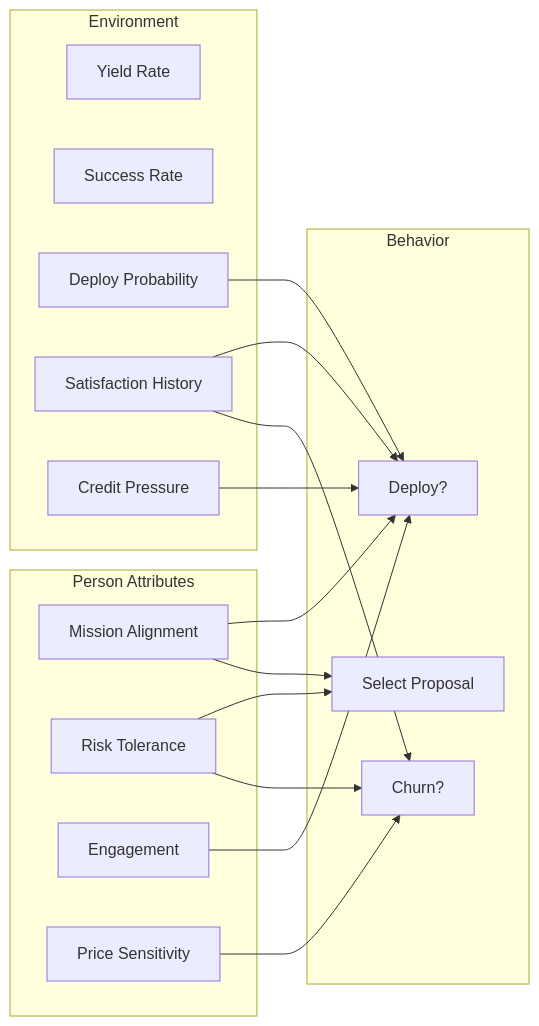
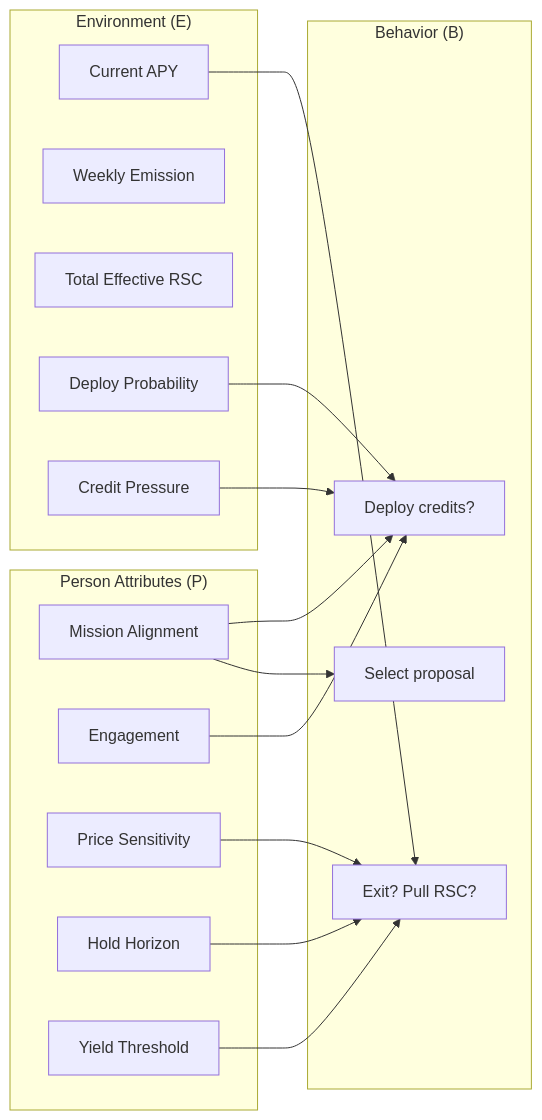
Before and after one commit to rsthornton/rsc-endowment-abm: the sixth of 13 diagrams in ARCHITECTURE.md, drawn with Mermaid. The commit also changed other lines of this file and 13 other files, not shown here.

````diff
--- a/ARCHITECTURE.md
+++ b/ARCHITECTURE.md
@@ -63,36 +105,36 @@
 ```mermaid
 graph LR
-    subgraph Person["Person Attributes"]
+    subgraph Person["Person Attributes (P)"]
         MA[Mission Alignment]
-        RT[Risk Tolerance]
         EN[Engagement]
         PS[Price Sensitivity]
+        HH[Hold Horizon]
+        YT[Yield Threshold]
     end
 
-    subgraph Environment
-        APY[Yield Rate]
-        SR[Success Rate]
+    subgraph Environment["Environment (E)"]
+        APY[Current APY]
+        WE[Weekly Emission]
+        TRSW[Total Effective RSC]
         DP[Deploy Probability]
-        SAT[Satisfaction History]
         CP[Credit Pressure]
     end
 
-    subgraph Behavior
-        DEP[Deploy?]
-        SEL[Select Proposal]
-        CHR[Churn?]
+    subgraph Behavior["Behavior (B)"]
+        DEP[Deploy credits?]
+        SEL[Select proposal]
+        EXIT[Exit? Pull RSC?]
     end
 
     MA --> DEP
     EN --> DEP
     CP --> DEP
-    SAT --> DEP
     DP --> DEP
 
     MA --> SEL
-    RT --> SEL
 
-    SAT --> CHR
-    PS --> CHR
-    RT --> CHR
+    APY --> EXIT
+    YT --> EXIT
+    PS --> EXIT
+    HH --> EXIT
 ```
````
